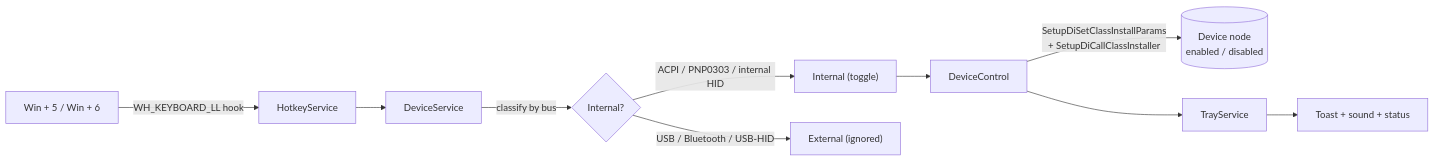
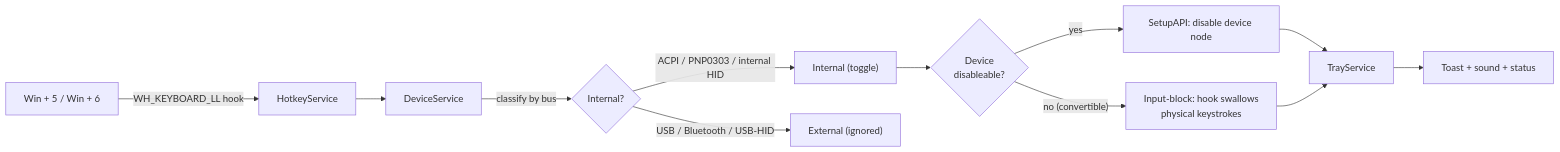
One commit to virus71-alt/DeKeyboard changed the diagram in README.md. Above: the diagram before and after it, drawn with Mermaid. The commit also changed other lines of this file and 10 other files, not shown here.

````diff
--- a/README.md
+++ b/README.md
@@ -105,12 +107,14 @@
 ```mermaid
 flowchart LR
     A["Win + 5 / Win + 6"] -->|WH_KEYBOARD_LL hook| B[HotkeyService]
     B --> C[DeviceService]
     C -->|"classify by bus"| D{Internal?}
     D -->|"ACPI / PNP0303 / internal HID"| E["Internal (toggle)"]
     D -->|"USB / Bluetooth / USB-HID"| F["External (ignored)"]
-    E --> G[DeviceControl]
-    G -->|"SetupDiSetClassInstallParams<br/>+ SetupDiCallClassInstaller"| H[(Device node<br/>enabled / disabled)]
+    E --> K{Device<br/>disableable?}
+    K -->|yes| G["SetupAPI: disable device node"]
+    K -->|"no (convertible)"| L["Input-block: hook swallows<br/>physical keystrokes"]
     G --> I[TrayService]
+    L --> I
     I --> J["Toast + sound + status"]
 ```
````
